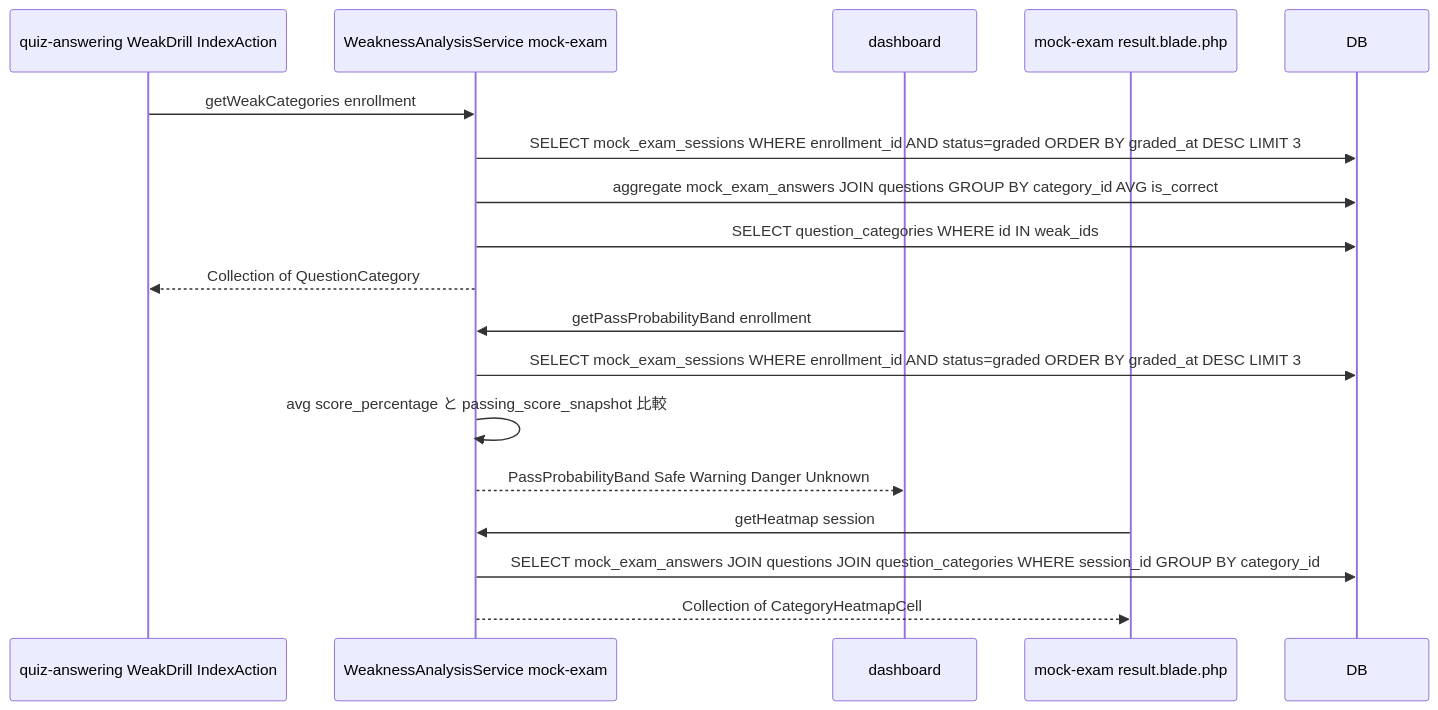
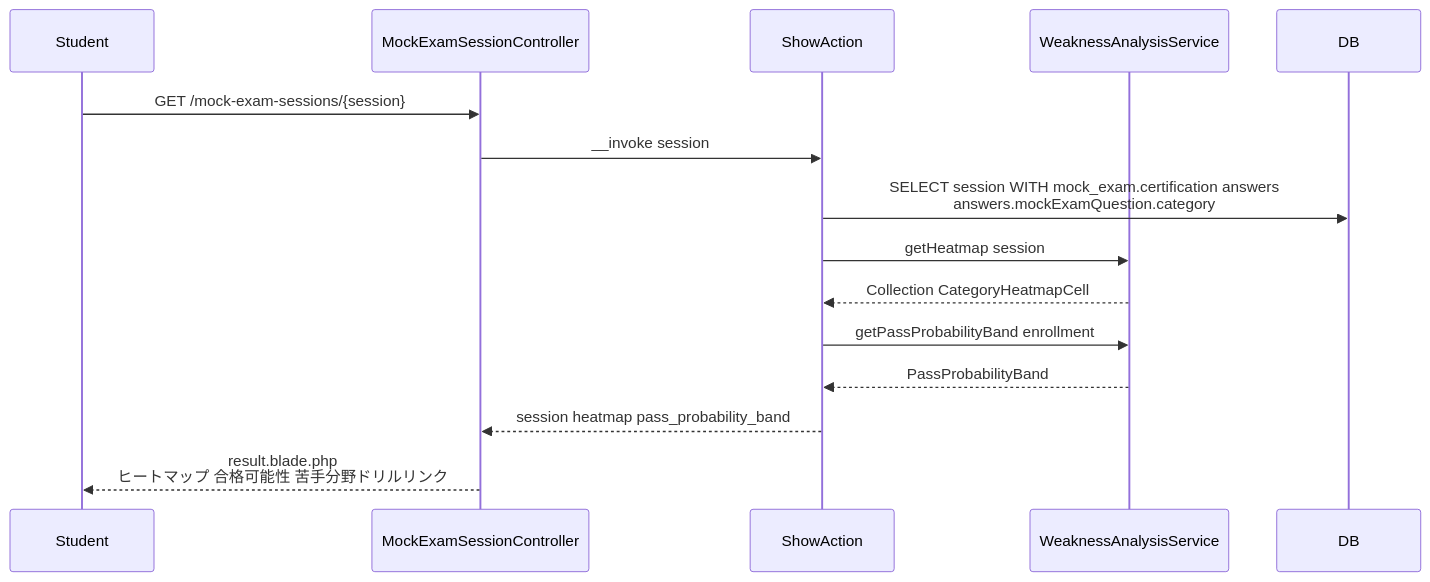
Before and after one commit to coachtech-mockcase-second/ExampleAnswer-mockcase-CertifyLMS: the sixth of 8 diagrams in docs/specs/mock-exam/design.md, drawn with Mermaid. The commit also changed other lines of this file and 67 other files, not shown here.

````diff
--- a/docs/specs/mock-exam/design.md
+++ b/docs/specs/mock-exam/design.md
@@ -271,23 +197,18 @@
 ```mermaid
 sequenceDiagram
-    participant QAC as quiz-answering WeakDrill IndexAction
-    participant WAS as WeaknessAnalysisService mock-exam
-    participant DASH as dashboard
-    participant RBlade as mock-exam result.blade.php
-    participant DB as DB
+    participant Student
+    participant MESC as MockExamSessionController
+    participant SA as ShowAction
+    participant WAS as WeaknessAnalysisService
+    participant DB
 
-    QAC->>WAS: getWeakCategories enrollment
-    WAS->>DB: SELECT mock_exam_sessions WHERE enrollment_id AND status=graded ORDER BY graded_at DESC LIMIT 3
-    WAS->>DB: aggregate mock_exam_answers JOIN questions GROUP BY category_id AVG is_correct
-    WAS->>DB: SELECT question_categories WHERE id IN weak_ids
-    WAS-->>QAC: Collection of QuestionCategory
-
-    DASH->>WAS: getPassProbabilityBand enrollment
-    WAS->>DB: SELECT mock_exam_sessions WHERE enrollment_id AND status=graded ORDER BY graded_at DESC LIMIT 3
-    WAS->>WAS: avg score_percentage と passing_score_snapshot 比較
-    WAS-->>DASH: PassProbabilityBand Safe Warning Danger Unknown
-
-    RBlade->>WAS: getHeatmap session
-    WAS->>DB: SELECT mock_exam_answers JOIN questions JOIN question_categories WHERE session_id GROUP BY category_id
-    WAS-->>RBlade: Collection of CategoryHeatmapCell
+    Student->>MESC: GET /mock-exam-sessions/{session}
+    MESC->>SA: __invoke session
+    SA->>DB: SELECT session WITH mock_exam.certification answers<br/>answers.mockExamQuestion.category
+    SA->>WAS: getHeatmap session
+    WAS-->>SA: Collection CategoryHeatmapCell
+    SA->>WAS: getPassProbabilityBand enrollment
+    WAS-->>SA: PassProbabilityBand
+    SA-->>MESC: session heatmap pass_probability_band
+    MESC-->>Student: result.blade.php<br/>ヒートマップ 合格可能性 苦手分野ドリルリンク
 ```
````
